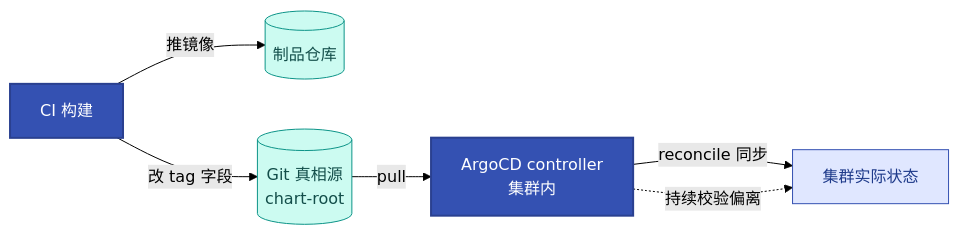
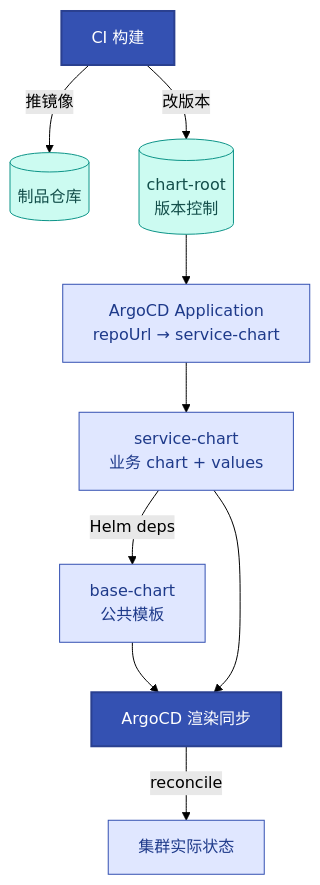
One commit to jackiesre721/ai-native-ops changed the diagram in docs/10-argocd-gitops.md. Above: the diagram before and after it, drawn with Mermaid (forest theme). The commit also changed other lines of this file, not shown here.

Commit message:
fix(10.1): GitOps 图+文字改为精确的三仓库分工链路
按实际架构:
chart-root(版本控制) → Application(repoUrl=service-chart)
→ service-chart(Helm deps→base-chart) → ArgoCD渲染 → 集群

不再笼统说'chart-root拉齐三层',而是明确:
chart-root管版本/Application、service-chart管业务形态、
base-chart管公共模板——三个仓库各司其职

````diff
--- a/docs/10-argocd-gitops.md
+++ b/docs/10-argocd-gitops.md
@@ -53,14 +53,17 @@
 ```mermaid
-flowchart LR
+flowchart TB
     CI[CI 构建] -->|推镜像| REG[(制品仓库)]
-    CI -->|改 tag 字段| GIT[(Git 真相源<br/>chart-root)]
-    GIT -->|pull| ARG[ArgoCD controller<br/>集群内]
-    ARG -->|reconcile 同步| CL[集群实际状态]
-    ARG -.->|持续校验偏离| CL
+    CI -->|改版本| CR[(chart-root<br/>版本控制)]
+    CR --> APP["ArgoCD Application<br/>repoUrl → service-chart"]
+    APP --> SVC["service-chart<br/>业务 chart + values"]
+    SVC -->|Helm deps| BASE["base-chart<br/>公共模板"]
+    BASE --> ARG[ArgoCD 渲染同步]
+    SVC --> ARG
+    ARG -->|reconcile| CL[集群实际状态]
     classDef start fill:#3451b2,color:#fff,stroke:#2a4090,stroke-width:2px
     classDef proc fill:#e0e7ff,stroke:#3451b2,color:#1e3a8a
     classDef data fill:#ccfbf1,stroke:#0d9488,color:#134e4a
     class CI,ARG start
-    class REG,GIT data
-    class CL proc
+    class REG,CR data
+    class APP,SVC,BASE,CL proc
 ```
````
